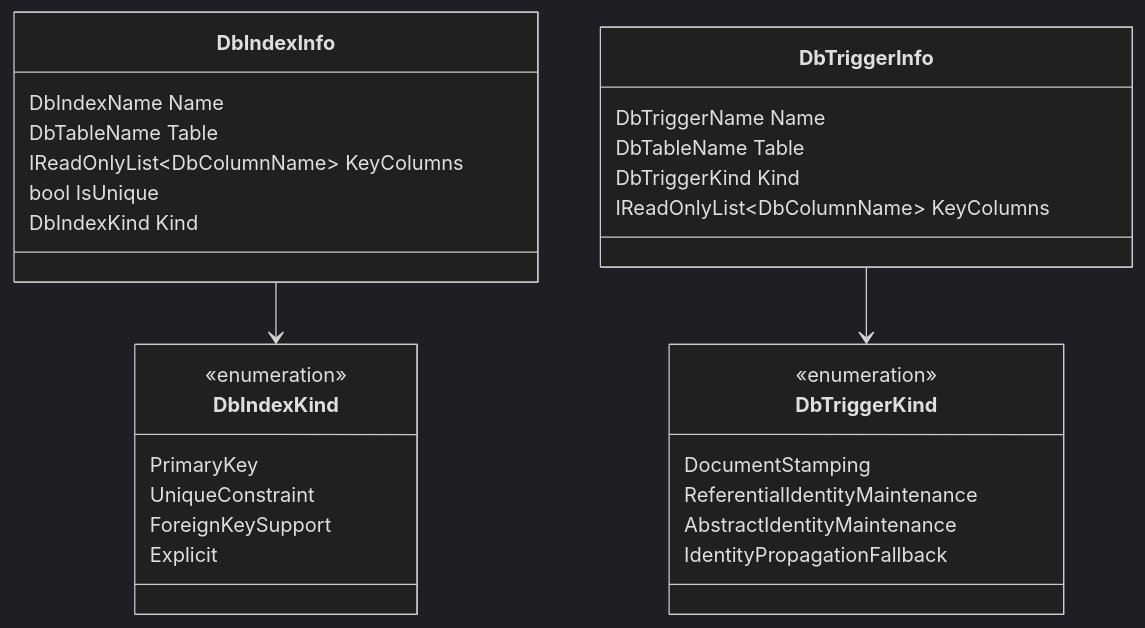
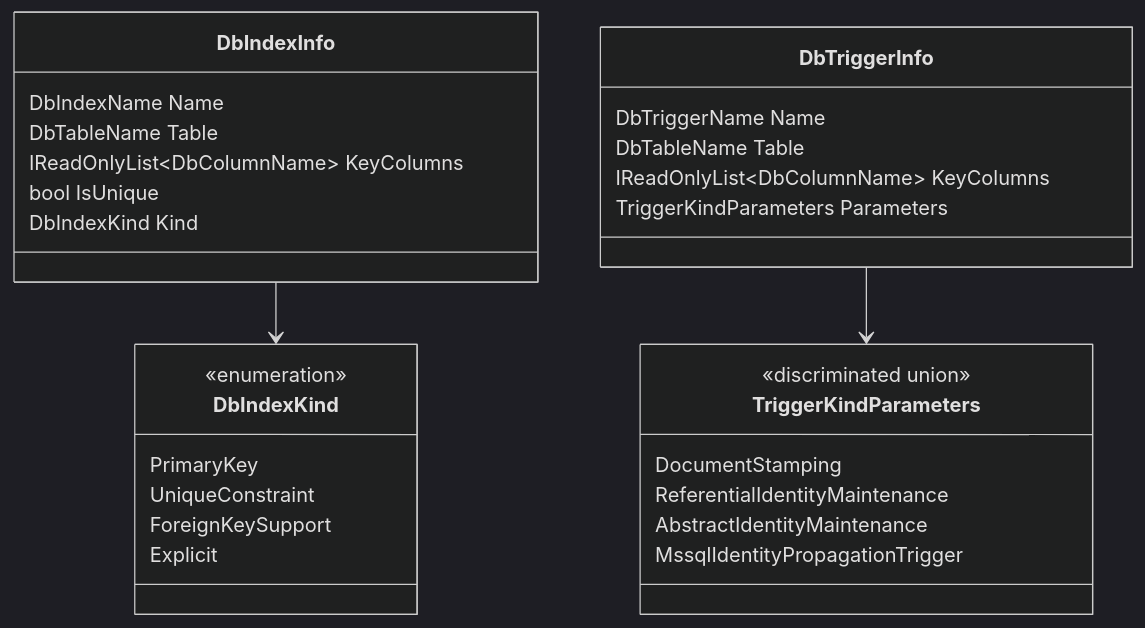
One commit to Ed-Fi-Alliance-OSS/Data-Management-Service changed the eighth of 16 diagrams in reference/design/backend-redesign/presentations/relational-model-presentation.md. Above: the diagram before and after it, drawn with Mermaid (dark theme). The commit also changed other lines of this file and 70 other files, not shown here.

````diff
--- a/reference/design/backend-redesign/presentations/relational-model-presentation.md
+++ b/reference/design/backend-redesign/presentations/relational-model-presentation.md
@@ -370,36 +370,36 @@
 ```mermaid
 classDiagram
     class DbIndexInfo {
         DbIndexName Name
         DbTableName Table
         IReadOnlyList~DbColumnName~ KeyColumns
         bool IsUnique
         DbIndexKind Kind
     }
 
     class DbIndexKind {
         <<enumeration>>
         PrimaryKey
         UniqueConstraint
         ForeignKeySupport
         Explicit
     }
 
     class DbTriggerInfo {
         DbTriggerName Name
         DbTableName Table
-        DbTriggerKind Kind
         IReadOnlyList~DbColumnName~ KeyColumns
+        TriggerKindParameters Parameters
     }
 
-    class DbTriggerKind {
-        <<enumeration>>
+    class TriggerKindParameters {
+        <<discriminated union>>
         DocumentStamping
         ReferentialIdentityMaintenance
         AbstractIdentityMaintenance
-        IdentityPropagationFallback
+        MssqlIdentityPropagationTrigger
     }
 
     DbIndexInfo --> DbIndexKind
-    DbTriggerInfo --> DbTriggerKind
+    DbTriggerInfo --> TriggerKindParameters
 ```
````
